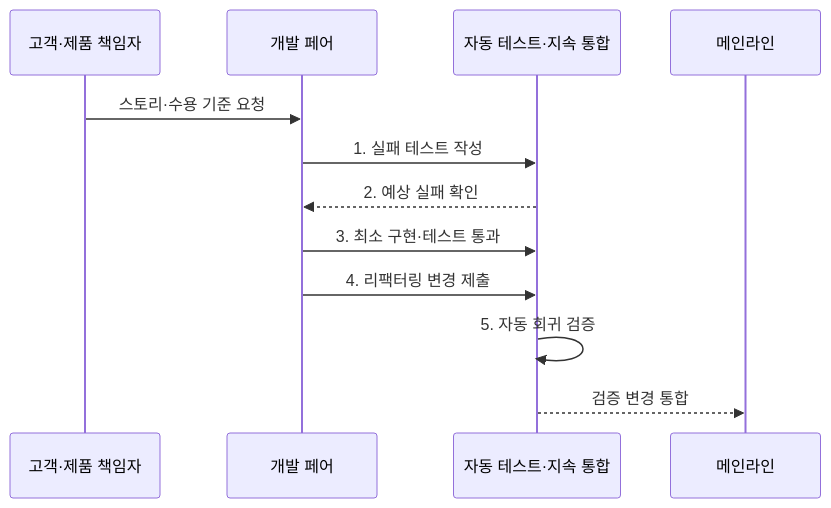
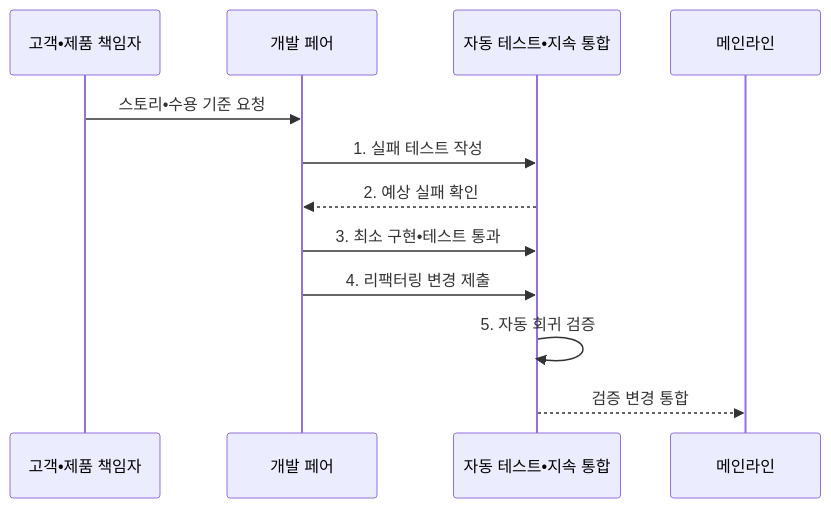
One commit to agnusdei1207/knowledge-base changed the second of 2 diagrams in src/content/docs/notes/03-software/034_extreme_programming.md. Above: the diagram before and after it, drawn with Mermaid. The commit also changed other lines of this file and 953 other files, not shown here.

````diff
--- a/src/content/docs/notes/03-software/034_extreme_programming.md
+++ b/src/content/docs/notes/03-software/034_extreme_programming.md
@@ -103,15 +103,15 @@
 ```mermaid
 sequenceDiagram
-    participant C as 고객·제품 책임자
+    participant C as 고객•제품 책임자
     participant P as 개발 페어
-    participant I as 자동 테스트·지속 통합
+    participant I as 자동 테스트•지속 통합
     participant M as 메인라인
 
-    C->>P: 스토리·수용 기준 요청
+    C->>P: 스토리•수용 기준 요청
     P->>I: 1. 실패 테스트 작성
     I-->>P: 2. 예상 실패 확인
-    P->>I: 3. 최소 구현·테스트 통과
+    P->>I: 3. 최소 구현•테스트 통과
     P->>I: 4. 리팩터링 변경 제출
     I->>I: 5. 자동 회귀 검증
     I-->>M: 검증 변경 통합
 ```
````
